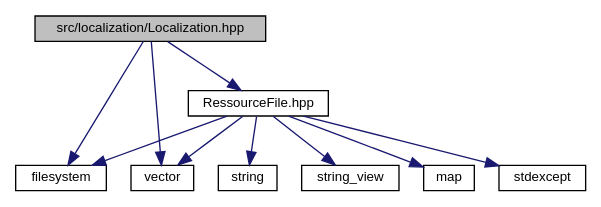
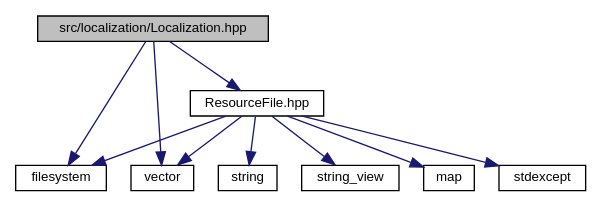
One commit to MisterPeModder/Bomberman-Global-Offensive changed the diagram in _localization_8hpp__incl.dot. Above: the diagram before and after it, drawn with Graphviz. The commit also changed 348 other files, not shown here.

```diff
--- a/_localization_8hpp__incl.dot
+++ b/_localization_8hpp__incl.dot
@@ -1,23 +1,23 @@
 digraph "src/localization/Localization.hpp"
 {
  // LATEX_PDF_SIZE
   edge [fontname="Helvetica",fontsize="10",labelfontname="Helvetica",labelfontsize="10"];
   node [fontname="Helvetica",fontsize="10",shape=record];
   Node1 [label="src/localization/Localization.hpp",height=0.2,width=0.4,color="black", fillcolor="grey75", style="filled", fontcolor="black",tooltip=" "];
   Node1 -> Node2 [color="midnightblue",fontsize="10",style="solid",fontname="Helvetica"];
   Node2 [label="filesystem",height=0.2,width=0.4,color="black", fillcolor="white", style="filled",URL="/home/runner/work/Bomberman-Global-Offensive/Bomberman-Global-Offensive/doc/external/cppreference-doxygen-web.tag.xml$cpp/header/filesystem.html",tooltip=" "];
   Node1 -> Node3 [color="midnightblue",fontsize="10",style="solid",fontname="Helvetica"];
   Node3 [label="vector",height=0.2,width=0.4,color="black", fillcolor="white", style="filled",URL="/home/runner/work/Bomberman-Global-Offensive/Bomberman-Global-Offensive/doc/external/cppreference-doxygen-web.tag.xml$cpp/header/vector.html",tooltip=" "];
   Node1 -> Node4 [color="midnightblue",fontsize="10",style="solid",fontname="Helvetica"];
-  Node4 [label="RessourceFile.hpp",height=0.2,width=0.4,color="black", fillcolor="white", style="filled",URL="$_ressource_file_8hpp.html",tooltip=" "];
+  Node4 [label="ResourceFile.hpp",height=0.2,width=0.4,color="black", fillcolor="white", style="filled",URL="$_resource_file_8hpp.html",tooltip=" "];
   Node4 -> Node2 [color="midnightblue",fontsize="10",style="solid",fontname="Helvetica"];
   Node4 -> Node5 [color="midnightblue",fontsize="10",style="solid",fontname="Helvetica"];
   Node5 [label="map",height=0.2,width=0.4,color="black", fillcolor="white", style="filled",URL="/home/runner/work/Bomberman-Global-Offensive/Bomberman-Global-Offensive/doc/external/cppreference-doxygen-web.tag.xml$cpp/header/map.html",tooltip=" "];
   Node4 -> Node6 [color="midnightblue",fontsize="10",style="solid",fontname="Helvetica"];
   Node6 [label="stdexcept",height=0.2,width=0.4,color="black", fillcolor="white", style="filled",URL="/home/runner/work/Bomberman-Global-Offensive/Bomberman-Global-Offensive/doc/external/cppreference-doxygen-web.tag.xml$cpp/header/stdexcept.html",tooltip=" "];
   Node4 -> Node7 [color="midnightblue",fontsize="10",style="solid",fontname="Helvetica"];
   Node7 [label="string",height=0.2,width=0.4,color="black", fillcolor="white", style="filled",URL="/home/runner/work/Bomberman-Global-Offensive/Bomberman-Global-Offensive/doc/external/cppreference-doxygen-web.tag.xml$cpp/header/string.html",tooltip=" "];
   Node4 -> Node3 [color="midnightblue",fontsize="10",style="solid",fontname="Helvetica"];
   Node4 -> Node8 [color="midnightblue",fontsize="10",style="solid",fontname="Helvetica"];
   Node8 [label="string_view",height=0.2,width=0.4,color="black", fillcolor="white", style="filled",URL="/home/runner/work/Bomberman-Global-Offensive/Bomberman-Global-Offensive/doc/external/cppreference-doxygen-web.tag.xml$cpp/header/string_view.html",tooltip=" "];
 }
```
